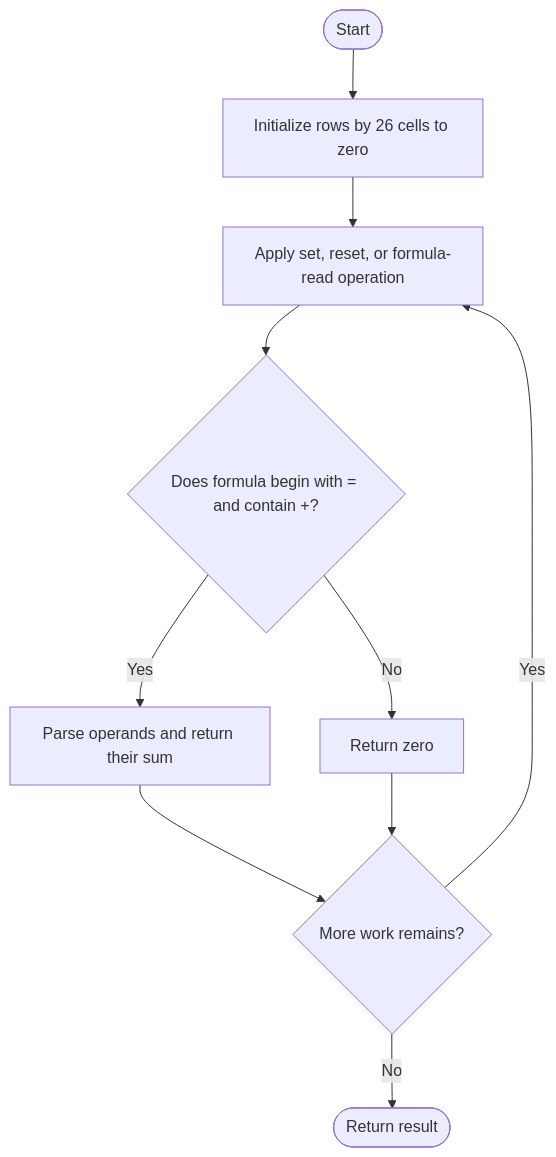
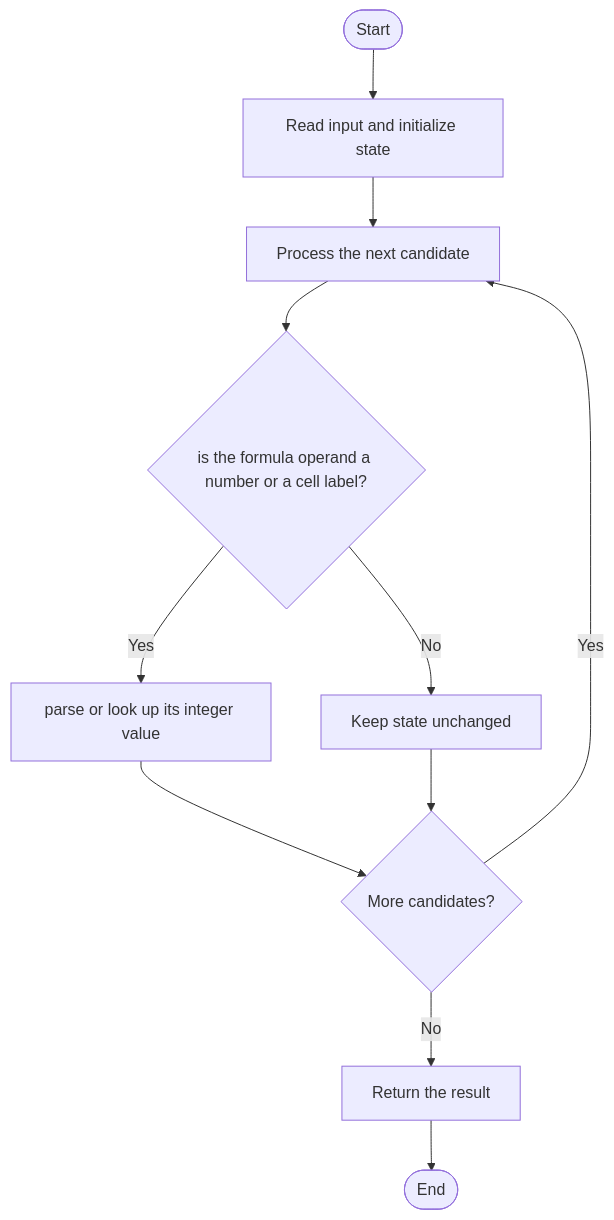
The diagram in LeetCode/3484/README.md (SAIDEEPBHANGE/C-CPP-Codes), drawn with Mermaid before and after one commit. The commit also changed other lines of this file and 196 other files, not shown here.

````diff
--- a/LeetCode/3484/README.md
+++ b/LeetCode/3484/README.md
@@ -13,12 +27,13 @@
 ```mermaid
 flowchart TD
- A([Start]) --> B[Initialize rows by 26 cells to zero]
- B --> C[Apply set, reset, or formula-read operation]
- C --> D{Does formula begin with = and contain +?}
- D -- Yes --> E[Parse operands and return their sum]
- D -- No --> F[Return zero]
- E --> G{More work remains?}
- F --> G
- G -- Yes --> C
- G -- No --> H([Return result])
+    A([Start]) --> B[Read input and initialize state]
+    B --> C[Process the next candidate]
+    C --> D{is the formula operand a number or a cell label?}
+    D -->|Yes| E[parse or look up its integer value]
+    D -->|No| F[Keep state unchanged]
+    E --> G{More candidates?}
+    F --> G
+    G -->|Yes| C
+    G -->|No| H[Return the result]
+    H --> I([End])
 ```
````
